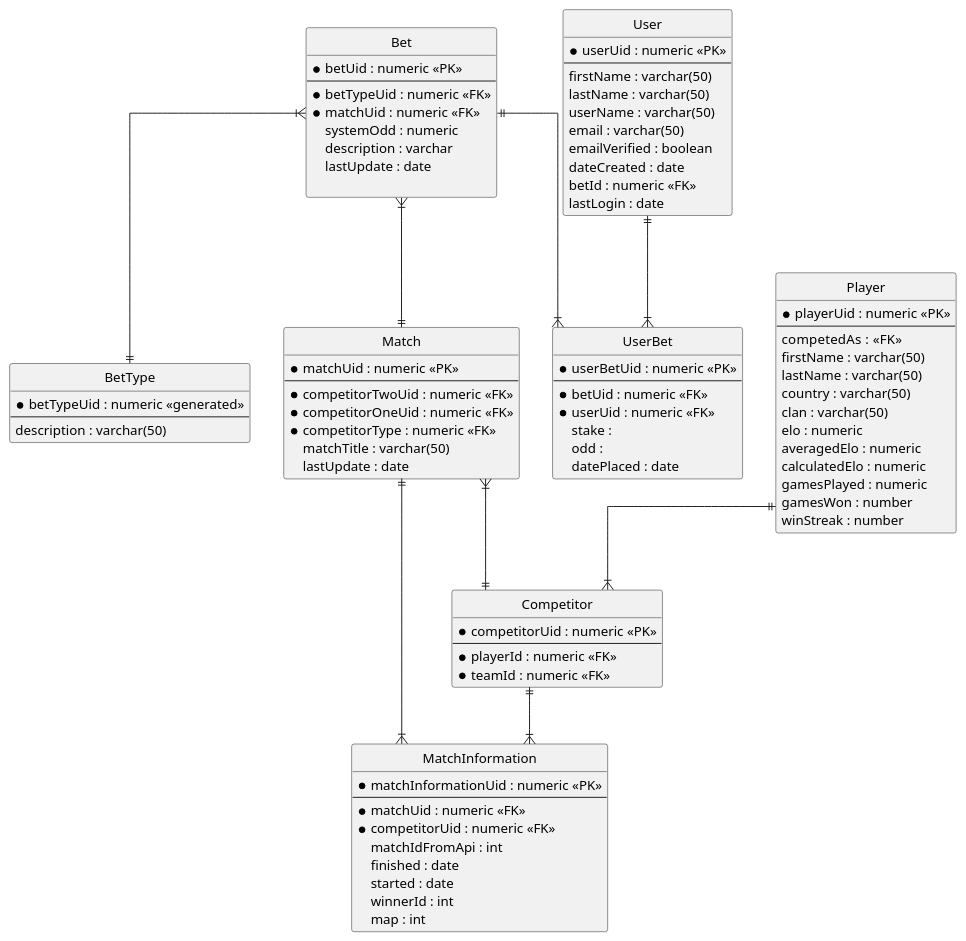
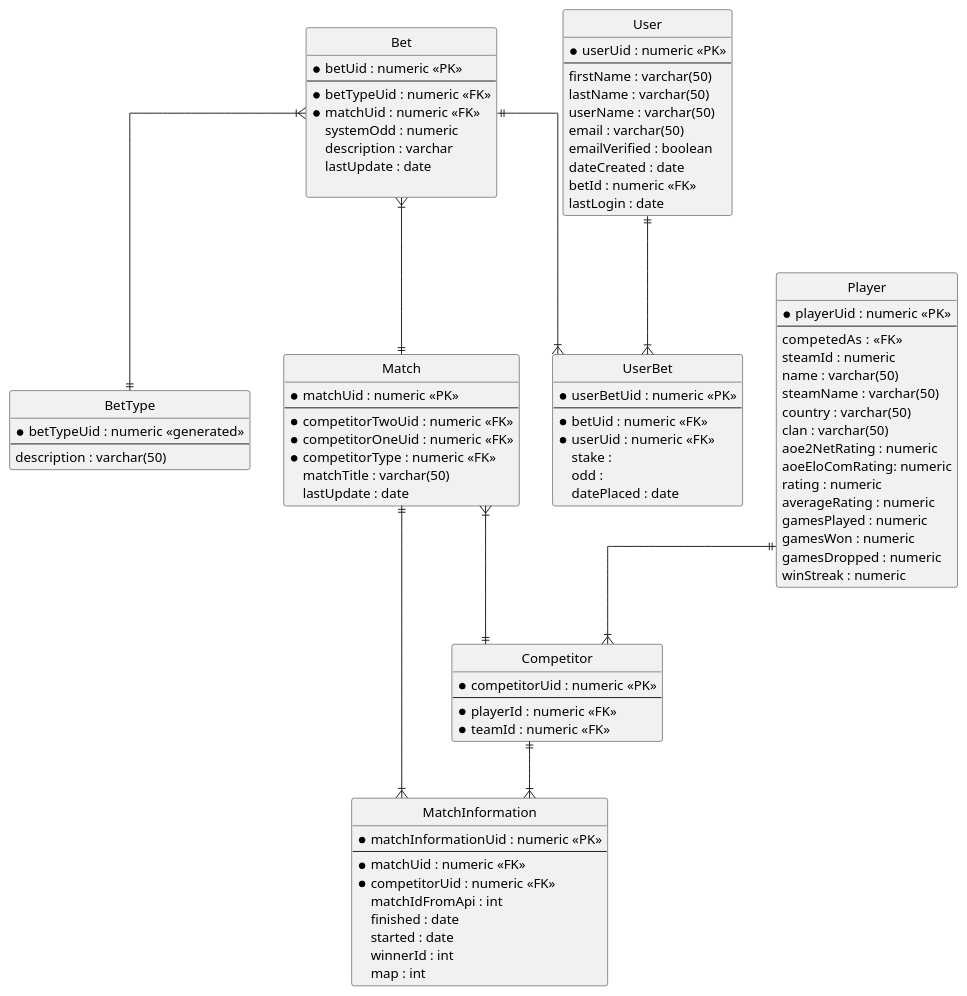
The diagram in server/docs/ERDiagram.puml (EmiiFont/aoebetting), drawn with PlantUML before and after one commit. The commit also changed 3 other files, not shown here.

Commit message:
updating player fields to match final schema

```diff
--- a/server/docs/ERDiagram.puml
+++ b/server/docs/ERDiagram.puml
@@ -1,115 +1,118 @@
 @startuml AOEBettingERDiagram
 
 ' hide the spot
 hide circle
 
 ' avoid problems with angled crows feet
 skinparam linetype ortho
 
 entity "BetType" as betType {
   *betTypeUid : numeric <<generated>>
   --
   description : varchar(50)
 }
 
 entity "Bet" as bet {
   *betUid : numeric <<PK>>
   --
   *betTypeUid : numeric <<FK>>
   *matchUid : numeric <<FK>>
   systemOdd : numeric
   description : varchar
   lastUpdate : date
   
 }
 
 entity "Match" as match {
   *matchUid : numeric <<PK>>
   --
   *competitorTwoUid : numeric <<FK>>
   *competitorOneUid : numeric <<FK>>
   *competitorType : numeric <<FK>>
   matchTitle : varchar(50)
   lastUpdate : date
 }
 
 entity "Competitor" as competitor {
   *competitorUid : numeric <<PK>>
   --
   *playerId : numeric <<FK>>
   *teamId : numeric <<FK>>
 }
 
 entity "MatchInformation" as matchInformation {
   *matchInformationUid : numeric <<PK>>
   --
   *matchUid : numeric <<FK>>
   *competitorUid : numeric <<FK>>
   matchIdFromApi : int
   finished : date
   started : date
   winnerId : int
   map : int 
 }
 
 entity "UserBet" as userBet {
   * userBetUid : numeric <<PK>>
   --
   *betUid : numeric <<FK>>
   *userUid : numeric <<FK>>
   stake : 
   odd : 
   datePlaced : date
 }
 
 entity "User" as user {
   *userUid : numeric <<PK>>
   --
   firstName : varchar(50)
   lastName : varchar(50)
   userName : varchar(50)
   email : varchar(50) 
   emailVerified : boolean 
   dateCreated : date
   betId : numeric <<FK>>
   lastLogin : date
 }
 
 entity "Player" as player {
   *playerUid : numeric <<PK>>
   --
   competedAs :  <<FK>>
-  firstName : varchar(50)
-  lastName : varchar(50)
+  steamId : numeric
+  name : varchar(50)
+  steamName : varchar(50)
   country : varchar(50)
   clan : varchar(50)
-  elo : numeric
-  averagedElo : numeric
-  calculatedElo : numeric
+  aoe2NetRating : numeric
+  aoeEloComRating: numeric
+  rating : numeric
+  averageRating : numeric
   gamesPlayed : numeric
-  gamesWon : number
-  winStreak : number
+  gamesWon : numeric
+  gamesDropped : numeric
+  winStreak : numeric
 }
 
 ' Crow's foot notation reference:
 ' Zero or One	|o--
 ' Exactly One	||--
 ' Zero or Many	}o--
 ' One or Many	}|--
 ' 
 ' Examples:
 ' @OneToOne: A ||--|| B
 ' @OneToMany: A ||--|{ B
 ' @ManyToOne: A }|--|| B
 ' @ManyToMany: A }|--|{ B
 
 bet }|--|| betType
 bet ||--|{ userBet
 competitor ||--|{ matchInformation
 bet }|--|| match
 match }|--|| competitor
 match ||--|{ matchInformation
 player ||--|{ competitor  
 user ||--|{ userBet
 
 @enduml
```
